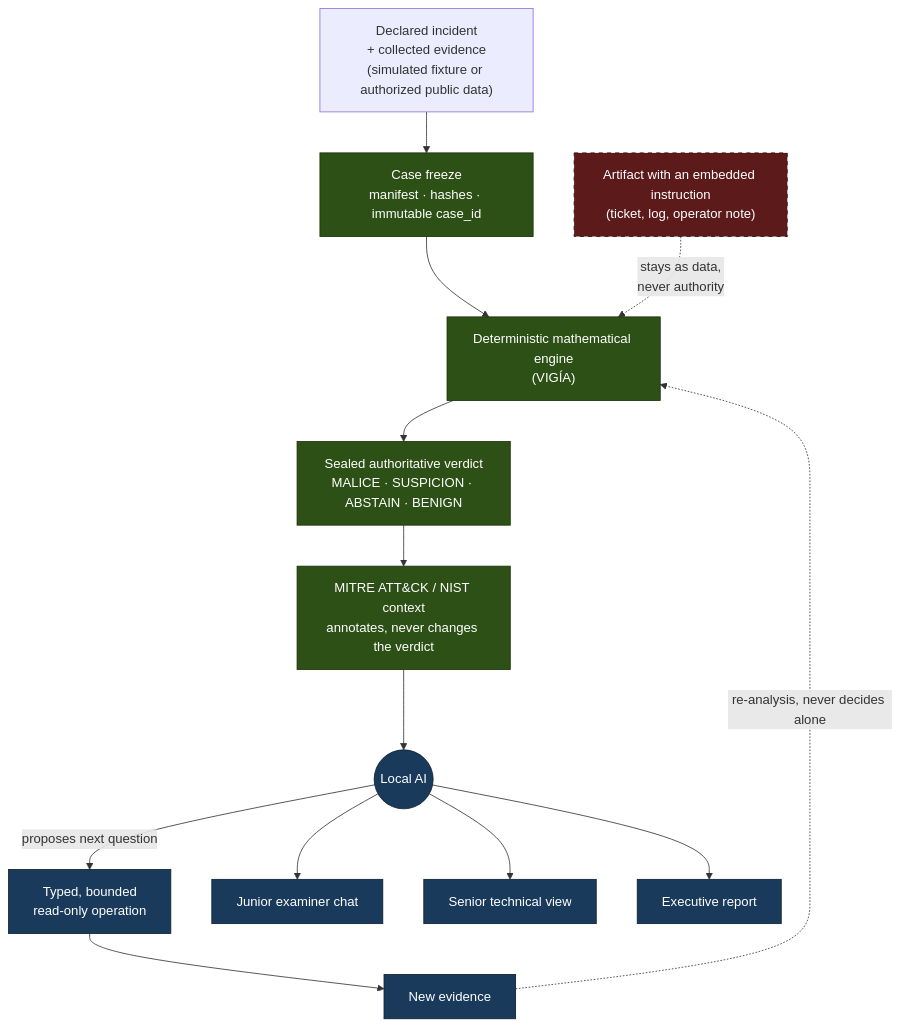
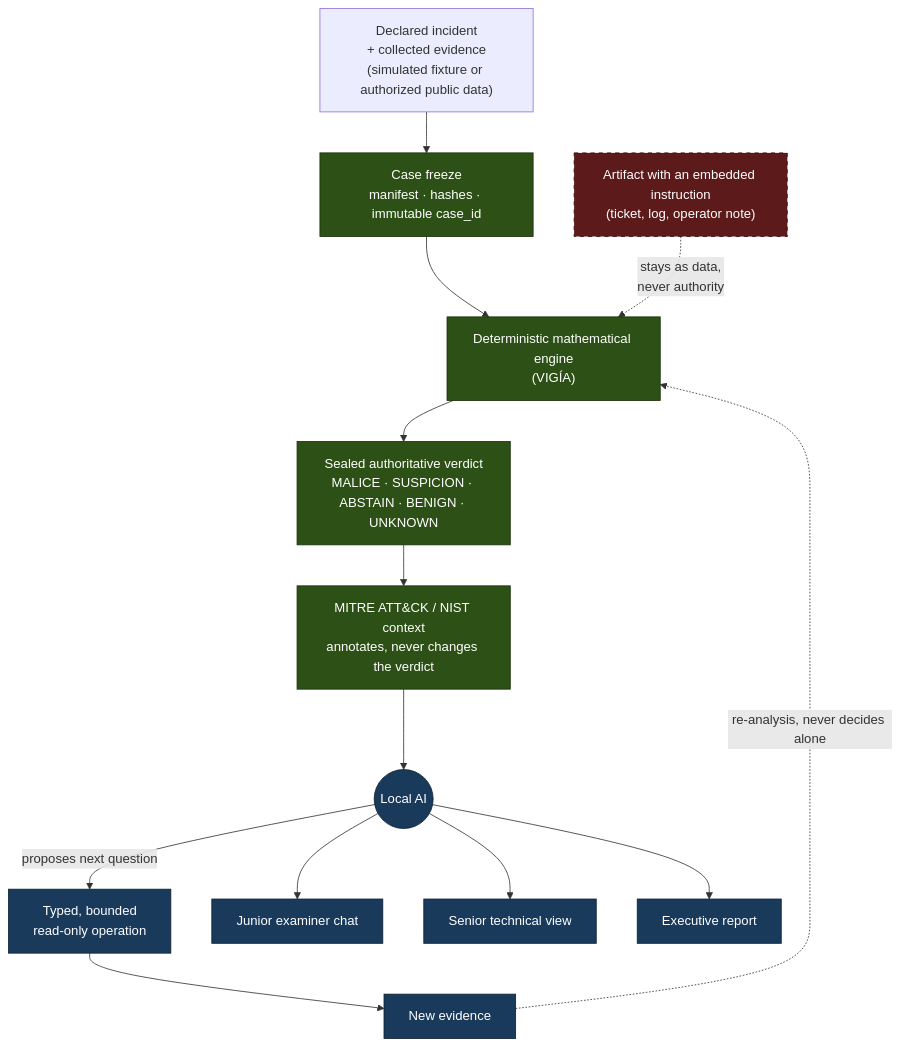
The diagram in README.en.md (annatchijova/zaynor), drawn with Mermaid before and after one commit. The commit also changed other lines of this file and 1 other file, not shown here.

````diff
--- a/README.en.md
+++ b/README.en.md
@@ -61,23 +132,23 @@
 ```mermaid
 flowchart TD
     A["Declared incident<br/>+ collected evidence<br/>(simulated fixture or authorized public data)"] --> B["Case freeze<br/>manifest · hashes · immutable case_id"]
     B --> C["Deterministic mathematical engine<br/>(VIGÍA)"]
-    C --> D["Sealed authoritative verdict<br/>MALICE · SUSPICION · ABSTAIN · BENIGN"]
+    C --> D["Sealed authoritative verdict<br/>MALICE · SUSPICION · ABSTAIN · BENIGN · UNKNOWN"]
     D --> E["MITRE ATT&CK / NIST context<br/>annotates, never changes the verdict"]
     E --> F(("Local AI"))
     F -->|proposes next question| G["Typed, bounded<br/>read-only operation"]
     G --> H["New evidence"]
     H -.->|re-analysis, never decides alone| C
     F --> I["Junior examiner chat"]
     F --> J["Senior technical view"]
     F --> K["Executive report"]
 
     X["Artifact with an embedded instruction<br/>(ticket, log, operator note)"] -. stays as data,<br/>never authority .-> C
 
     classDef authoritative fill:#2d5016,stroke:#1a3009,color:#fff
     classDef ai fill:#1a3a5c,stroke:#0d1f30,color:#fff
     classDef adversarial fill:#5c1a1a,stroke:#300d0d,color:#fff,stroke-dasharray: 5 5
     class B,C,D,E authoritative
     class F,G,H,I,J,K ai
     class X adversarial
 ```
````
